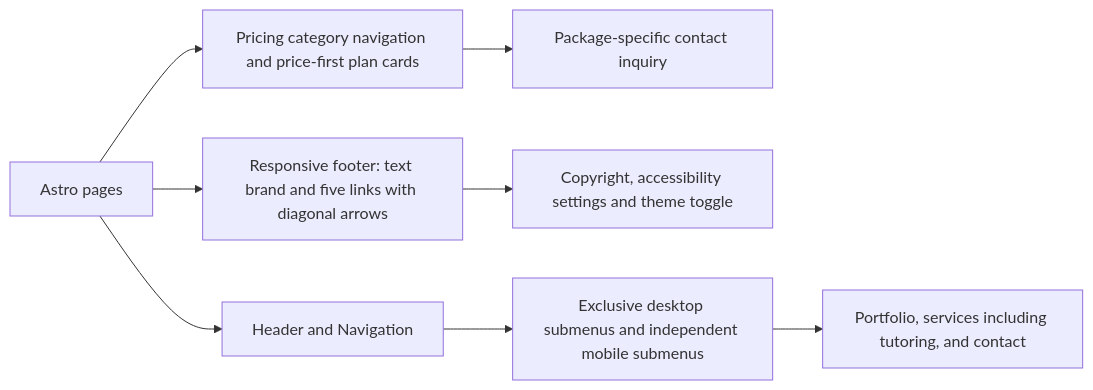
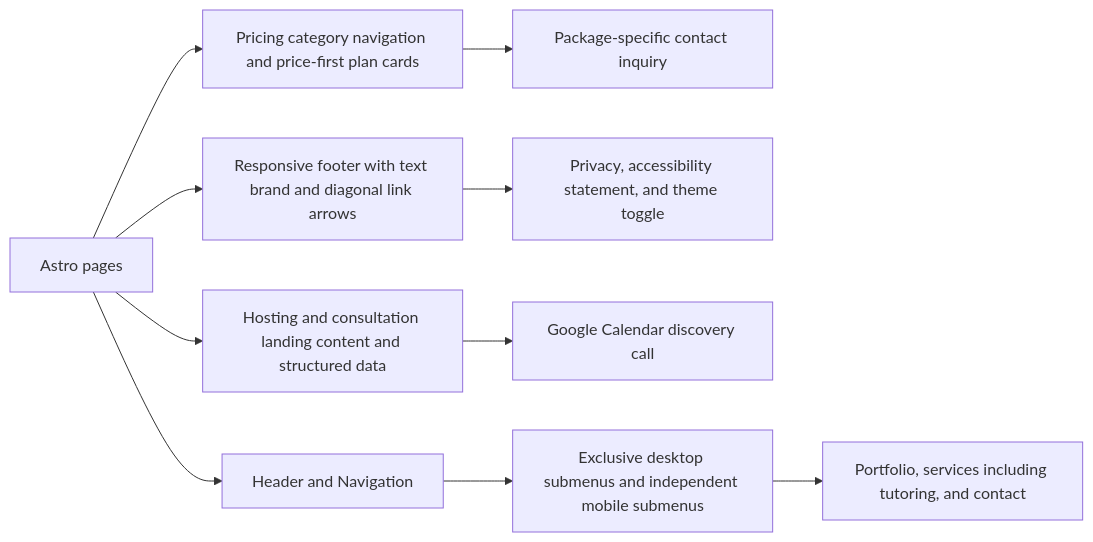
One commit to anoblet/astronautical-apogee changed the diagram in src/components/readme.md. Above: the diagram before and after it, drawn with Mermaid. The commit also changed other lines of this file and 13 other files, not shown here.

Commit message:
feat(services): add focused hosting and consultation landing pages

````diff
--- a/src/components/readme.md
+++ b/src/components/readme.md
@@ -23,10 +27,12 @@
 ```mermaid
 flowchart LR
   Routes[Astro pages] --> Pricing[Pricing category navigation and price-first plan cards]
   Pricing --> Inquiry[Package-specific contact inquiry]
-  Routes --> Footer[Responsive footer: text brand and five links with diagonal arrows]
-  Footer --> Utilities[Copyright, accessibility settings and theme toggle]
+  Routes --> Footer[Responsive footer with text brand and diagonal link arrows]
+  Footer --> Utilities[Privacy, accessibility statement, and theme toggle]
+  Routes --> Landing[Hosting and consultation landing content and structured data]
+  Landing --> Booking[Google Calendar discovery call]
   Routes[Astro pages] --> Header[Header and Navigation]
   Header --> Menu[Exclusive desktop submenus and independent mobile submenus]
   Menu --> Destinations[Portfolio, services including tutoring, and contact]
 ```
````
